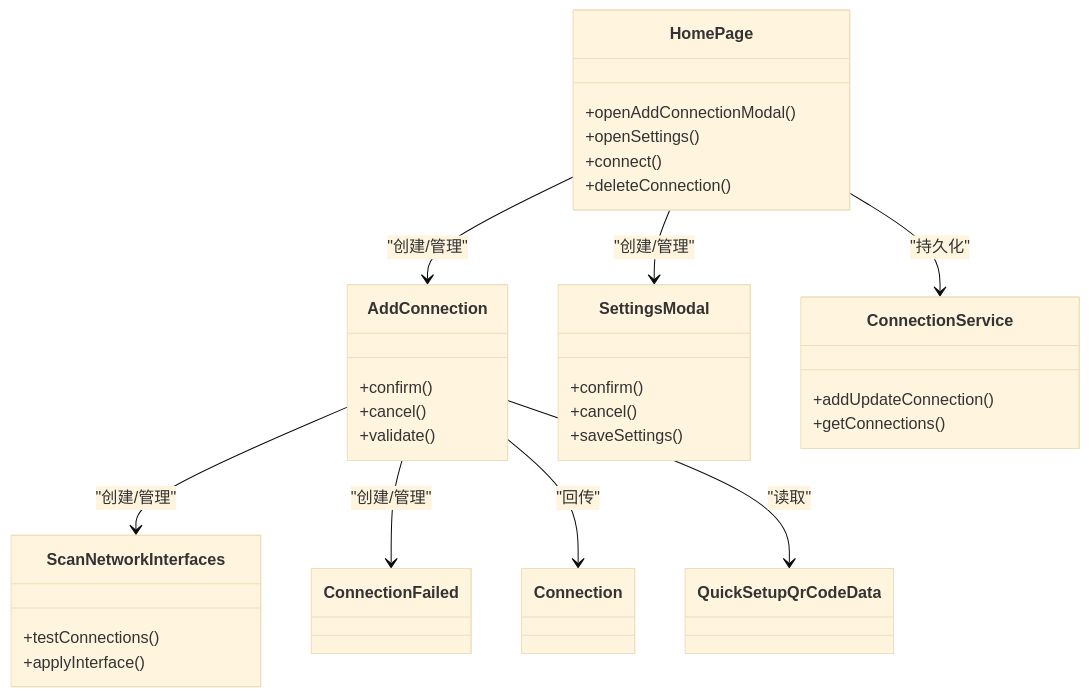
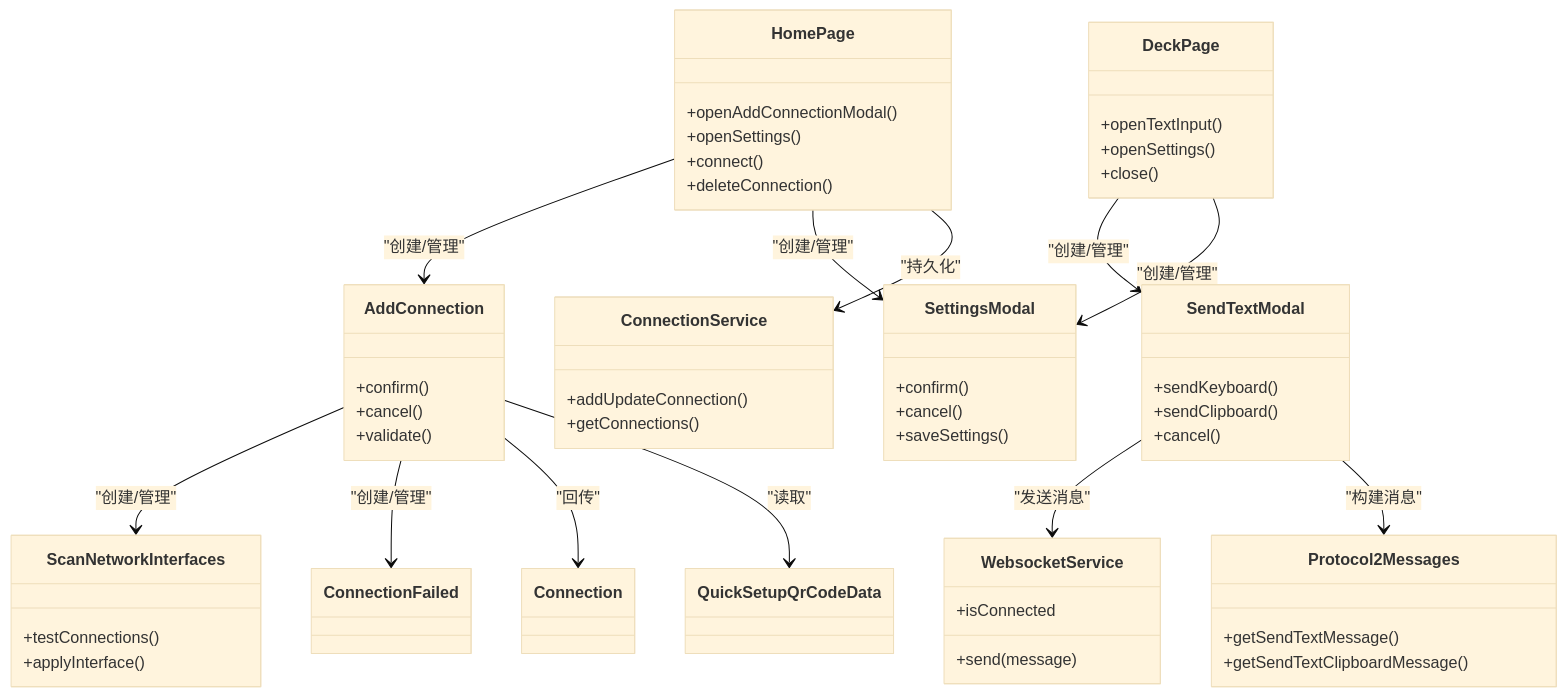
Before and after one commit to tea4go/Macro-Deck-Client-App: the seventh of 7 diagrams in .qoder/repowiki/zh/content/用户界面组件/弹窗对话框.md, drawn with Mermaid (base theme). The commit also changed other lines of this file and 50 other files, not shown here.

````diff
--- a/.qoder/repowiki/zh/content/用户界面组件/弹窗对话框.md
+++ b/.qoder/repowiki/zh/content/用户界面组件/弹窗对话框.md
@@ -320,37 +377,59 @@
 ```mermaid
 classDiagram
 class HomePage {
 +openAddConnectionModal()
 +openSettings()
 +connect()
 +deleteConnection()
 }
+class DeckPage {
++openTextInput()
++openSettings()
++close()
+}
 class AddConnection {
 +confirm()
 +cancel()
 +validate()
+}
+class SendTextModal {
++sendKeyboard()
++sendClipboard()
++cancel()
 }
 class ScanNetworkInterfaces {
 +testConnections()
 +applyInterface()
 }
 class ConnectionFailed
 class SettingsModal {
 +confirm()
 +cancel()
 +saveSettings()
 }
 class ConnectionService {
 +addUpdateConnection()
 +getConnections()
 }
+class WebsocketService {
++send(message)
++isConnected
+}
+class Protocol2Messages {
++getSendTextMessage()
++getSendTextClipboardMessage()
+}
 class Connection
 class QuickSetupQrCodeData
 HomePage --> AddConnection : "创建/管理"
+HomePage --> SettingsModal : "创建/管理"
+DeckPage --> SendTextModal : "创建/管理"
+DeckPage --> SettingsModal : "创建/管理"
 AddConnection --> ScanNetworkInterfaces : "创建/管理"
 AddConnection --> ConnectionFailed : "创建/管理"
-HomePage --> SettingsModal : "创建/管理"
 HomePage --> ConnectionService : "持久化"
 AddConnection --> Connection : "回传"
 AddConnection --> QuickSetupQrCodeData : "读取"
+SendTextModal --> WebsocketService : "发送消息"
+SendTextModal --> Protocol2Messages : "构建消息"
 ```
````
